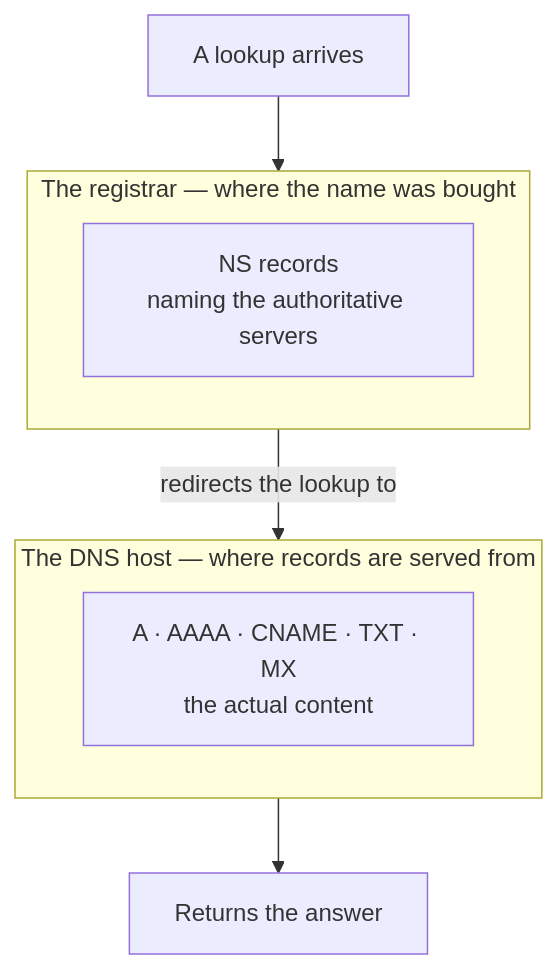
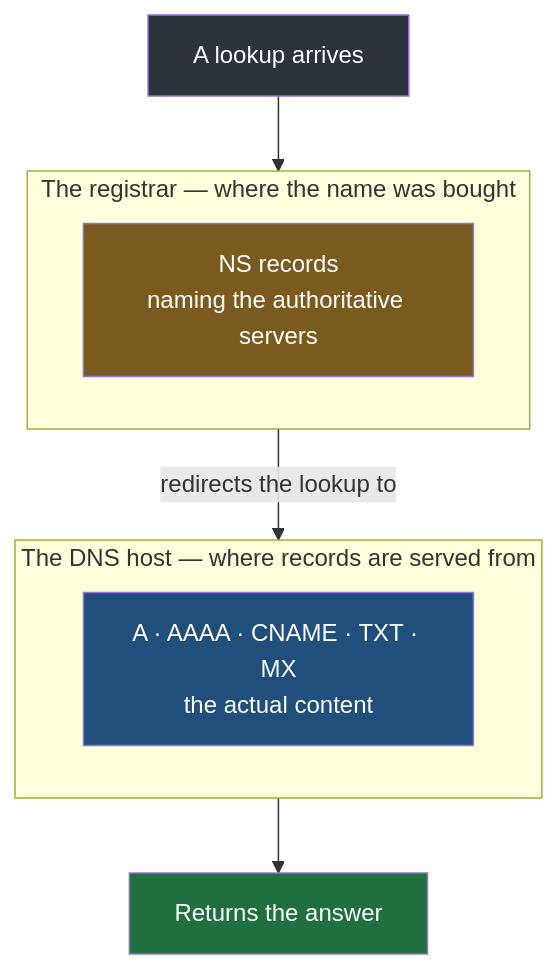
One commit to Dummy-Bug/system-design-handbook changed the sixth of 6 diagrams in Devops/04-Networking/05-DNS-Records.md. Above: the diagram before and after it, drawn with Mermaid. The commit also changed other lines of this file and 53 other files, not shown here.

````diff
--- a/Devops/04-Networking/05-DNS-Records.md
+++ b/Devops/04-Networking/05-DNS-Records.md
@@ -175,12 +291,16 @@
 ```mermaid
 flowchart TD
     subgraph REG["The registrar — where the name was bought"]
         NS["NS records<br/>naming the authoritative servers"]
     end
     subgraph HOST["The DNS host — where records are served from"]
         REST["A · AAAA · CNAME · TXT · MX<br/>the actual content"]
     end
     LOOKUP["A lookup arrives"] --> REG
     REG -->|"redirects the lookup to"| HOST
     HOST --> ANSWER["Returns the answer"]
+    style LOOKUP fill:#2d333b,color:#fff
+    style NS fill:#7a5a1f,color:#fff
+    style REST fill:#1f4f7a,color:#fff
+    style ANSWER fill:#1f6f3f,color:#fff
 ```
````
